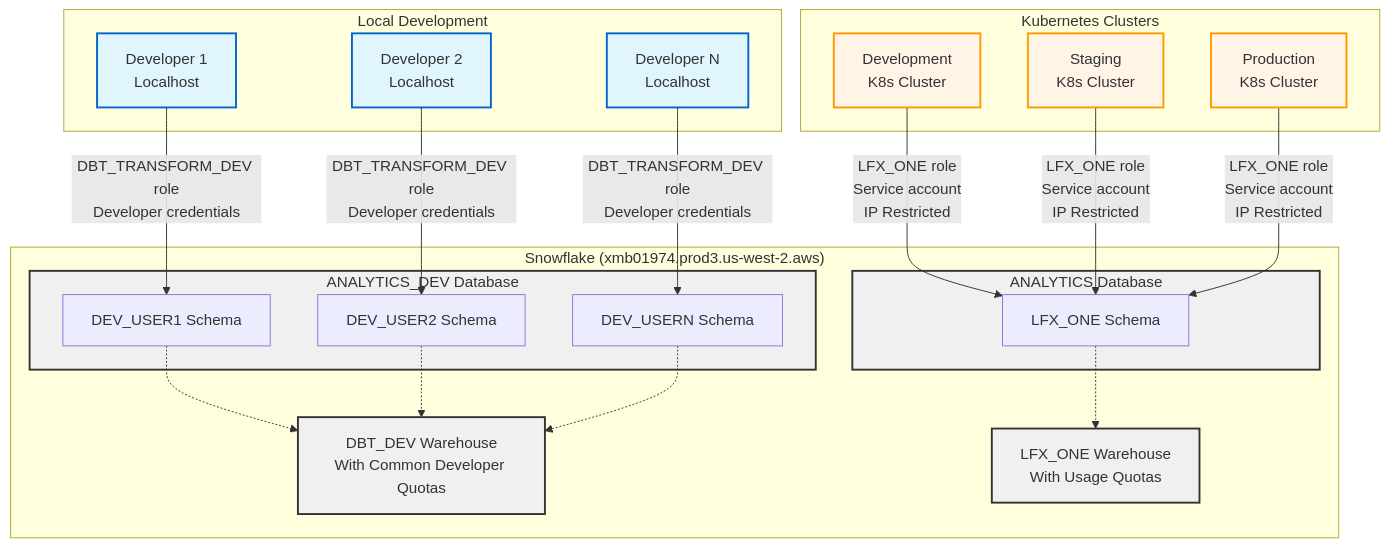
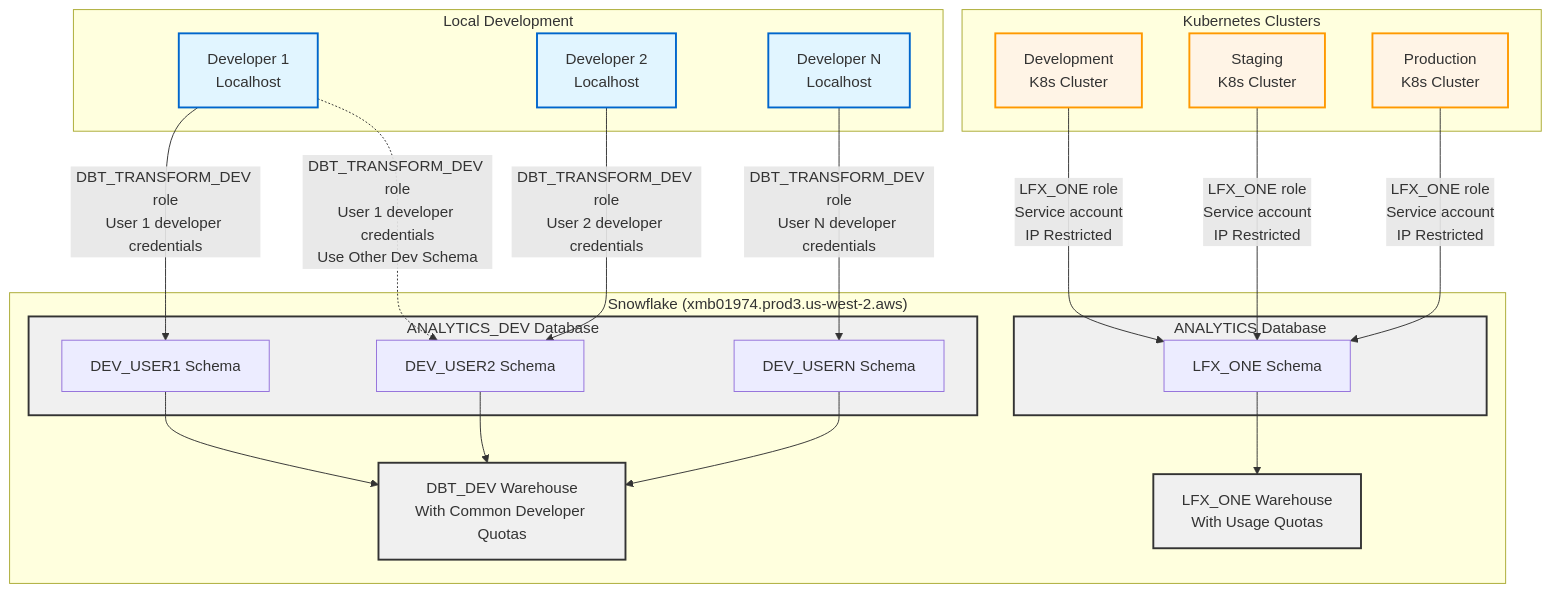
One commit to linuxfoundation/lfx-engineering changed the diagram in lfx_one/datalake-integration.md. Above: the diagram before and after it, drawn with Mermaid. The commit also changed other lines of this file, not shown here.

````diff
--- a/lfx_one/datalake-integration.md
+++ b/lfx_one/datalake-integration.md
@@ -100,51 +103,52 @@
 ```mermaid
 graph TB
     subgraph Local["Local Development"]
         DEV1[Developer 1<br/>Localhost]
         DEV2[Developer 2<br/>Localhost]
         DEV3[Developer N<br/>Localhost]
     end
 
     subgraph K8S["Kubernetes Clusters"]
         K8S_DEV[Development<br/>K8s Cluster]
         K8S_STAGE[Staging<br/>K8s Cluster]
         K8S_PROD[Production<br/>K8s Cluster]
     end
 
     subgraph Snowflake["Snowflake (xmb01974.prod3.us-west-2.aws)"]
         subgraph ANALYTICS_DEV["ANALYTICS_DEV Database"]
             SCHEMA1[DEV_USER1 Schema]
             SCHEMA2[DEV_USER2 Schema]
             SCHEMA3[DEV_USERN Schema]
         end
 
         subgraph ANALYTICS["ANALYTICS Database"]
             LFX_SCHEMA[LFX_ONE Schema]
         end
 
         WH_DEV[DBT_DEV Warehouse<br/>With Common Developer Quotas]
         WH_LFX[LFX_ONE Warehouse<br/>With Usage Quotas]
     end
 
-    DEV1 -->|DBT_TRANSFORM_DEV role<br/>Developer credentials| SCHEMA1
-    DEV2 -->|DBT_TRANSFORM_DEV role<br/>Developer credentials| SCHEMA2
-    DEV3 -->|DBT_TRANSFORM_DEV role<br/>Developer credentials| SCHEMA3
+    DEV1 -->|DBT_TRANSFORM_DEV role<br/>User 1 developer credentials| SCHEMA1
+    DEV2 -->|DBT_TRANSFORM_DEV role<br/>User 2 developer credentials| SCHEMA2
+    DEV3 -->|DBT_TRANSFORM_DEV role<br/>User N developer credentials| SCHEMA3
+    DEV1 -.->|DBT_TRANSFORM_DEV role<br/>User 1 developer credentials<br/>Use Other Dev Schema| SCHEMA2
 
-    SCHEMA1 -.-> WH_DEV
-    SCHEMA2 -.-> WH_DEV
-    SCHEMA3 -.-> WH_DEV
+    SCHEMA1 --> WH_DEV
+    SCHEMA2 --> WH_DEV
+    SCHEMA3 --> WH_DEV
 
     K8S_DEV -->|LFX_ONE role<br/>Service account<br/>IP Restricted| LFX_SCHEMA
     K8S_STAGE -->|LFX_ONE role<br/>Service account<br/>IP Restricted| LFX_SCHEMA
     K8S_PROD -->|LFX_ONE role<br/>Service account<br/>IP Restricted| LFX_SCHEMA
 
-    LFX_SCHEMA -.-> WH_LFX
+    LFX_SCHEMA --> WH_LFX
 
     classDef localStyle fill:#e1f5ff,stroke:#0066cc,stroke-width:2px
     classDef k8sStyle fill:#fff4e6,stroke:#ff9900,stroke-width:2px
     classDef snowflakeStyle fill:#f0f0f0,stroke:#333,stroke-width:2px
 
     class DEV1,DEV2,DEV3 localStyle
     class K8S_DEV,K8S_STAGE,K8S_PROD k8sStyle
     class ANALYTICS_DEV,ANALYTICS,WH_DEV,WH_LFX snowflakeStyle
 ```
````
